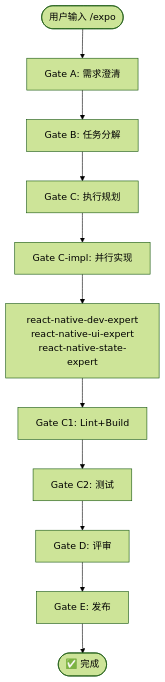
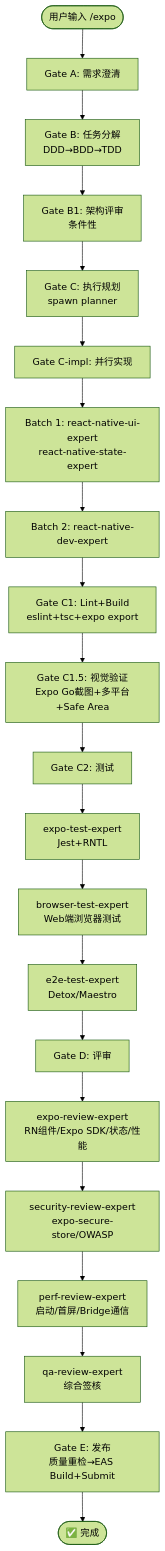
One commit to Wjl1224734792/Jarvis-Agent-Factory changed the diagram in docs/flows/expo.md. Above: the diagram before and after it, drawn with Mermaid (forest theme). The commit also changed 6 other files, not shown here.

First line of the commit message:
docs: 更新移动端/跨端流程图为完整12门序列

````diff
--- a/docs/flows/expo.md
+++ b/docs/flows/expo.md
@@ -3,13 +3,23 @@
 ```mermaid
 flowchart TD
     START([用户输入 /expo]) --> A[Gate A: 需求澄清]
-    A --> B[Gate B: 任务分解]
-    B --> C[Gate C: 执行规划]
+    A --> B[Gate B: 任务分解<br/>DDD→BDD→TDD]
+    B --> B1[Gate B1: 架构评审<br/>条件性]
+    B1 --> C[Gate C: 执行规划<br/>spawn planner]
     C --> CI[Gate C-impl: 并行实现]
-    CI --> CI1[react-native-dev-expert<br/>react-native-ui-expert<br/>react-native-state-expert]
-    CI1 --> C1[Gate C1: Lint+Build]
-    C1 --> C2[Gate C2: 测试]
-    C2 --> D[Gate D: 评审]
-    D --> E[Gate E: 发布]
+    CI --> CI1[Batch 1: react-native-ui-expert<br/>react-native-state-expert]
+    CI1 --> CI2[Batch 2: react-native-dev-expert]
+    CI2 --> C1[Gate C1: Lint+Build<br/>eslint+tsc+expo export]
+    C1 --> C15[Gate C1.5: 视觉验证<br/>Expo Go截图+多平台+Safe Area]
+    C15 --> C2[Gate C2: 测试]
+    C2 --> C2A[expo-test-expert<br/>Jest+RNTL]
+    C2A --> C2B[browser-test-expert<br/>Web端浏览器测试]
+    C2B --> C2C[e2e-test-expert<br/>Detox/Maestro]
+    C2C --> D[Gate D: 评审]
+    D --> D1[expo-review-expert<br/>RN组件/Expo SDK/状态/性能]
+    D1 --> D2[security-review-expert<br/>expo-secure-store/OWASP]
+    D2 --> D3[perf-review-expert<br/>启动/首屏/Bridge通信]
+    D3 --> D4[qa-review-expert<br/>综合签核]
+    D4 --> E[Gate E: 发布<br/>质量重检→EAS Build+Submit]
     E --> DONE([✅ 完成])
 ```
````
